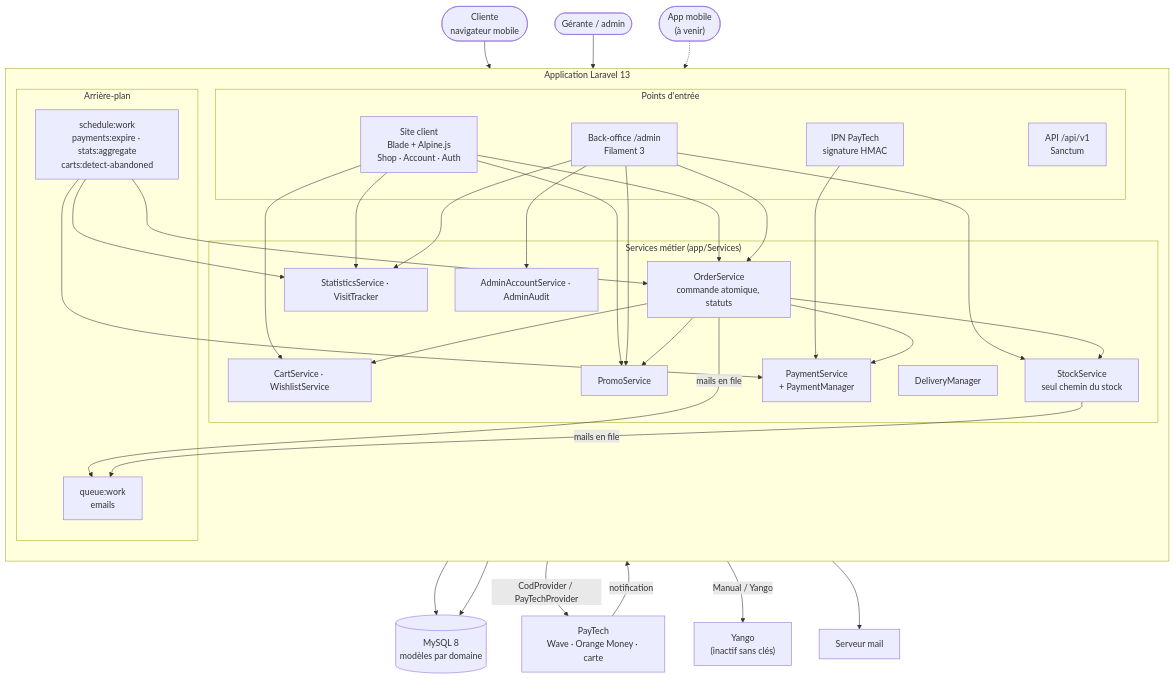
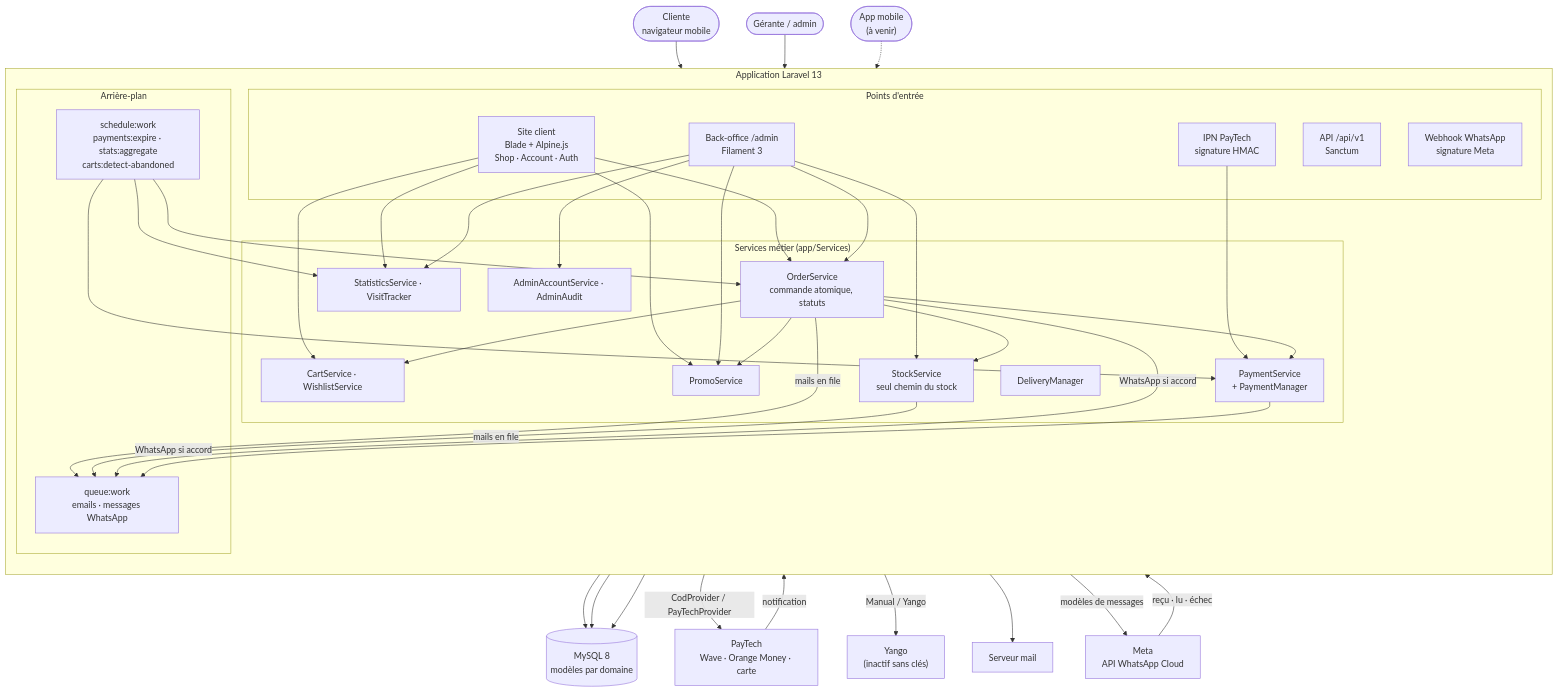
Before and after one commit to MLG-20/aissatou-store: the first of 3 diagrams in README.md, drawn with Mermaid. The commit also changed other lines of this file, not shown here.

Commit message:
README : WhatsApp, liens pre-remplis, mobile, Look video, diaporama Maison

````diff
--- a/README.md
+++ b/README.md
@@ -56,57 +62,63 @@
 ```mermaid
 flowchart TB
     cliente(["Cliente<br/>navigateur mobile"])
     gerante(["Gérante / admin"])
     appmobile(["App mobile<br/>(à venir)"])
 
     subgraph app["Application Laravel 13"]
         direction TB
         subgraph entrees["Points d'entrée"]
             shop["Site client<br/>Blade + Alpine.js<br/>Shop · Account · Auth"]
             filament["Back-office /admin<br/>Filament 3"]
             api["API /api/v1<br/>Sanctum"]
             ipn["IPN PayTech<br/>signature HMAC"]
+            hook["Webhook WhatsApp<br/>signature Meta"]
         end
 
         subgraph metier["Services métier (app/Services)"]
             order["OrderService<br/>commande atomique, statuts"]
             cart["CartService · WishlistService"]
             promo["PromoService"]
             stock["StockService<br/>seul chemin du stock"]
             payment["PaymentService<br/>+ PaymentManager"]
             delivery["DeliveryManager"]
             stats["StatisticsService · VisitTracker"]
             audit["AdminAccountService · AdminAudit"]
         end
 
         subgraph fond["Arrière-plan"]
-            queue["queue:work<br/>emails"]
+            queue["queue:work<br/>emails · messages WhatsApp"]
             sched["schedule:work<br/>payments:expire · stats:aggregate<br/>carts:detect-abandoned"]
         end
     end
 
     db[("MySQL 8<br/>modèles par domaine")]
     paytech["PayTech<br/>Wave · Orange Money · carte"]
     yango["Yango<br/>(inactif sans clés)"]
     smtp["Serveur mail"]
+    meta["Meta<br/>API WhatsApp Cloud"]
 
     cliente --> shop
     gerante --> filament
     appmobile -.-> api
 
     shop --> cart & order & promo
     shop --> stats
     filament --> order & stock & promo & stats & audit
     api --> db
     ipn --> payment
 
     order --> stock & promo & payment & cart
     payment -->|"CodProvider / PayTechProvider"| paytech
     delivery -->|"Manual / Yango"| yango
     paytech -->|"notification"| ipn
 
     metier --> db
     order & stock -->|"mails en file"| queue
+    order & payment -->|"WhatsApp si accord"| queue
     queue --> smtp
+    queue -->|"modèles de messages"| meta
+    meta -->|"reçu · lu · échec"| hook
+    hook --> db
     sched --> order & payment & stats
 ```
````
